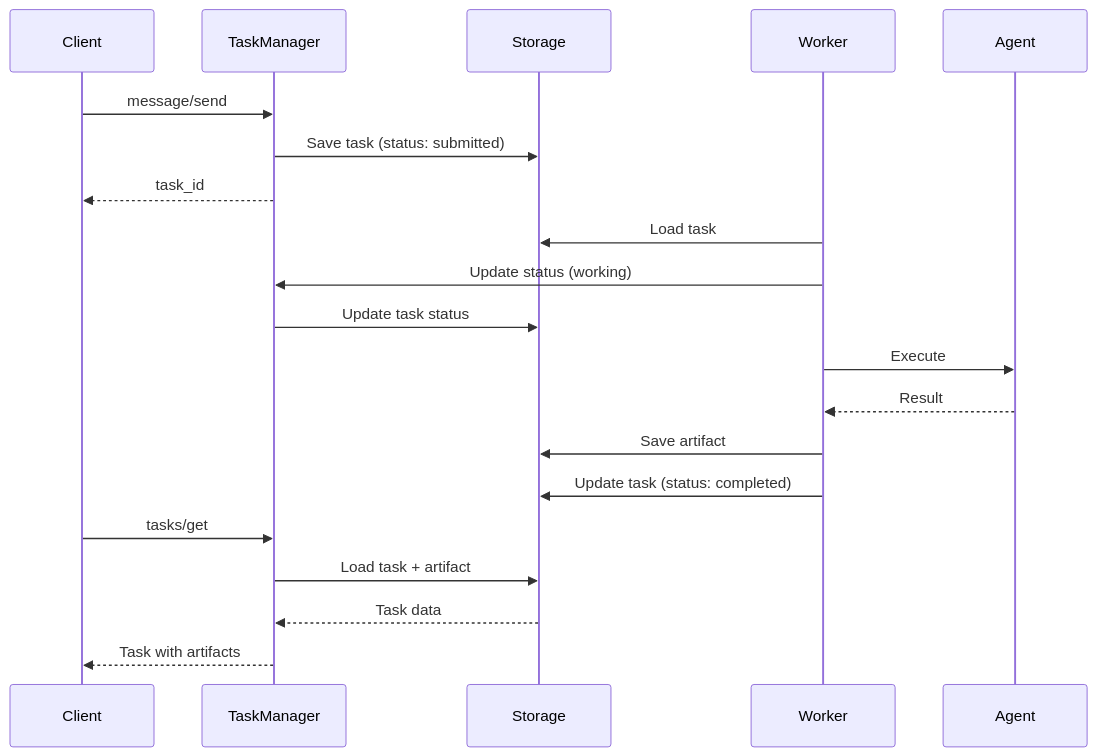
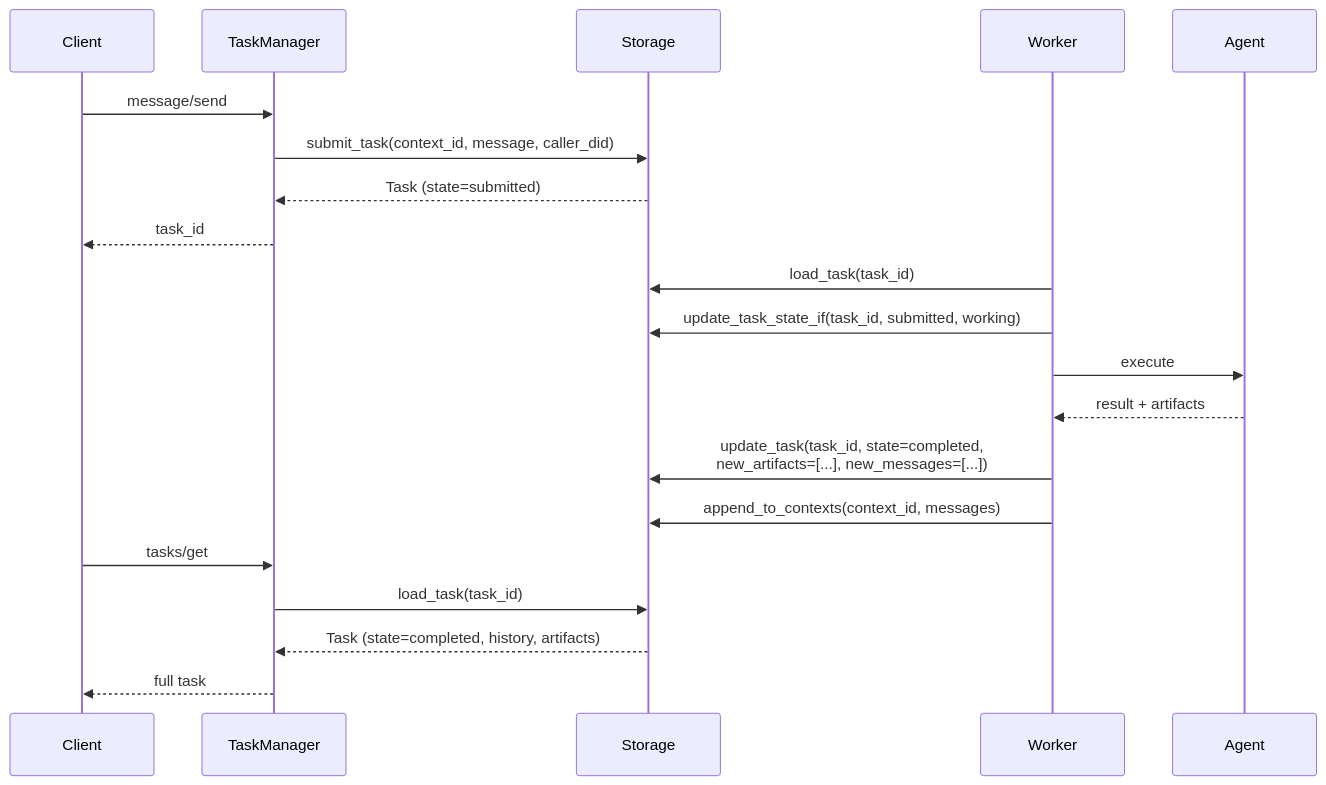
The second of 2 diagrams in bindu/learn/storage/overview.mdx (raahulrahl/docs), drawn with Mermaid before and after one commit. The commit also changed other lines of this file and 9 other files, not shown here.

````diff
--- a/bindu/learn/storage/overview.mdx
+++ b/bindu/learn/storage/overview.mdx
@@ -101,27 +195,26 @@
 ```mermaid
 sequenceDiagram
     participant Client
-    participant TaskManager
-    participant Storage
-    participant Worker
-    participant Agent
+    participant TM as TaskManager
+    participant S as Storage
+    participant W as Worker
+    participant A as Agent
 
-    Client->>TaskManager: message/send
-    TaskManager->>Storage: Save task (status: submitted)
-    TaskManager-->>Client: task_id
+    Client->>TM: message/send
+    TM->>S: submit_task(context_id, message, caller_did)
+    S-->>TM: Task (state=submitted)
+    TM-->>Client: task_id
 
-    Worker->>Storage: Load task
-    Worker->>TaskManager: Update status (working)
-    TaskManager->>Storage: Update task status
+    W->>S: load_task(task_id)
+    W->>S: update_task_state_if(task_id, submitted, working)
+    W->>A: execute
+    A-->>W: result + artifacts
 
-    Worker->>Agent: Execute
-    Agent-->>Worker: Result
+    W->>S: update_task(task_id, state=completed,<br/>new_artifacts=[...], new_messages=[...])
+    W->>S: append_to_contexts(context_id, messages)
 
-    Worker->>Storage: Save artifact
-    Worker->>Storage: Update task (status: completed)
-
-    Client->>TaskManager: tasks/get
-    TaskManager->>Storage: Load task + artifact
-    Storage-->>TaskManager: Task data
-    TaskManager-->>Client: Task with artifacts
+    Client->>TM: tasks/get
+    TM->>S: load_task(task_id)
+    S-->>TM: Task (state=completed, history, artifacts)
+    TM-->>Client: full task
 ```
````
